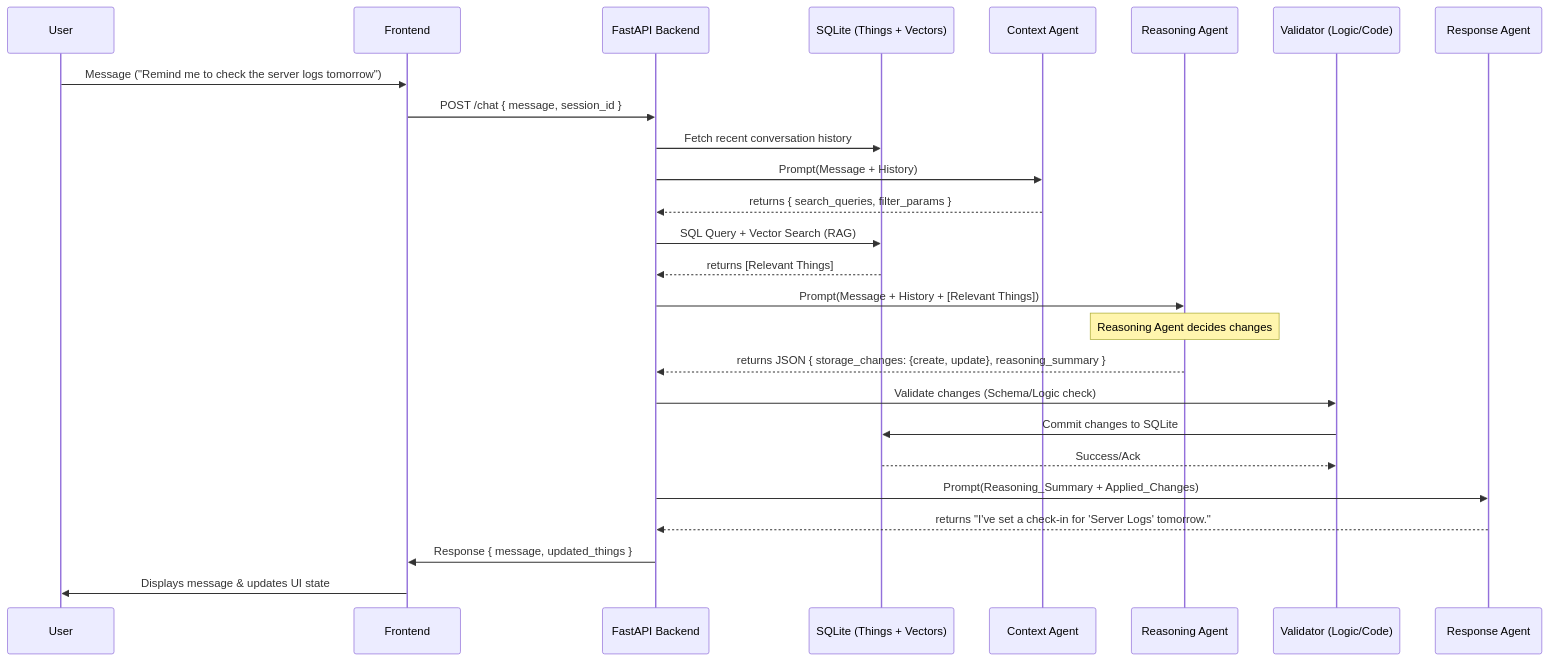
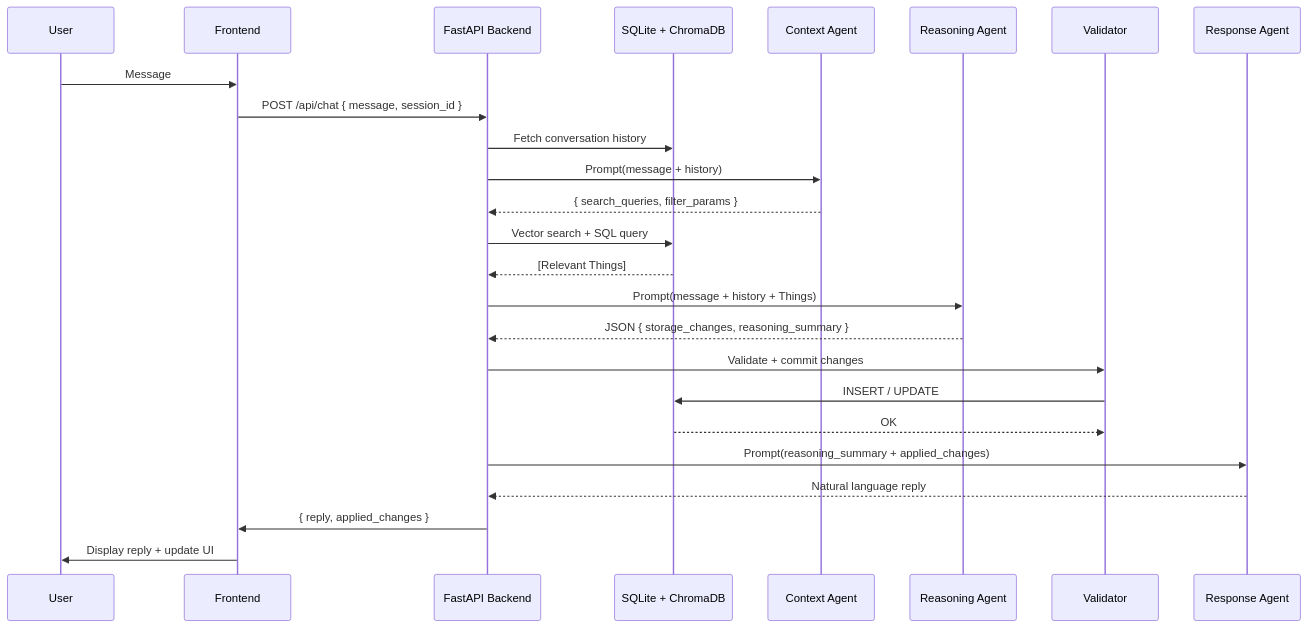
Before and after one commit to alexsiri7/reli: the diagram in docs/ARCHITECTURE.md, drawn with Mermaid. The commit also changed other lines of this file and 3 other files, not shown here.

First line of the commit message:
docs: establish comprehensive docs/ directory with architecture, API, setup, and developer guide (re-8xf)

````diff
--- a/docs/ARCHITECTURE.md
+++ b/docs/ARCHITECTURE.md
@@ -7,35 +77,34 @@
 ```mermaid
 sequenceDiagram
     participant User
     participant Frontend
     participant API as FastAPI Backend
-    participant DB as SQLite (Things + Vectors)
+    participant DB as SQLite + ChromaDB
     participant CA as Context Agent
     participant RA as Reasoning Agent
-    participant VA as Validator (Logic/Code)
+    participant VA as Validator
     participant ResA as Response Agent
 
-    User->>Frontend: Message ("Remind me to check the server logs tomorrow")
-    Frontend->>API: POST /chat { message, session_id }
-    
-    API->>DB: Fetch recent conversation history
-    API->>CA: Prompt(Message + History)
-    CA-->>API: returns { search_queries, filter_params }
-    
-    API->>DB: SQL Query + Vector Search (RAG)
-    DB-->>API: returns [Relevant Things]
-    
-    API->>RA: Prompt(Message + History + [Relevant Things])
-    Note over RA: Reasoning Agent decides changes
-    RA-->>API: returns JSON { storage_changes: {create, update}, reasoning_summary }
-    
-    API->>VA: Validate changes (Schema/Logic check)
-    VA->>DB: Commit changes to SQLite
-    DB-->>VA: Success/Ack
-    
-    API->>ResA: Prompt(Reasoning_Summary + Applied_Changes)
-    ResA-->>API: returns "I've set a check-in for 'Server Logs' tomorrow."
-    
-    API->>Frontend: Response { message, updated_things }
-    Frontend->>User: Displays message & updates UI state
+    User->>Frontend: Message
+    Frontend->>API: POST /api/chat { message, session_id }
+
+    API->>DB: Fetch conversation history
+    API->>CA: Prompt(message + history)
+    CA-->>API: { search_queries, filter_params }
+
+    API->>DB: Vector search + SQL query
+    DB-->>API: [Relevant Things]
+
+    API->>RA: Prompt(message + history + Things)
+    RA-->>API: JSON { storage_changes, reasoning_summary }
+
+    API->>VA: Validate + commit changes
+    VA->>DB: INSERT / UPDATE
+    DB-->>VA: OK
+
+    API->>ResA: Prompt(reasoning_summary + applied_changes)
+    ResA-->>API: Natural language reply
+
+    API->>Frontend: { reply, applied_changes }
+    Frontend->>User: Display reply + update UI
 ```
````
